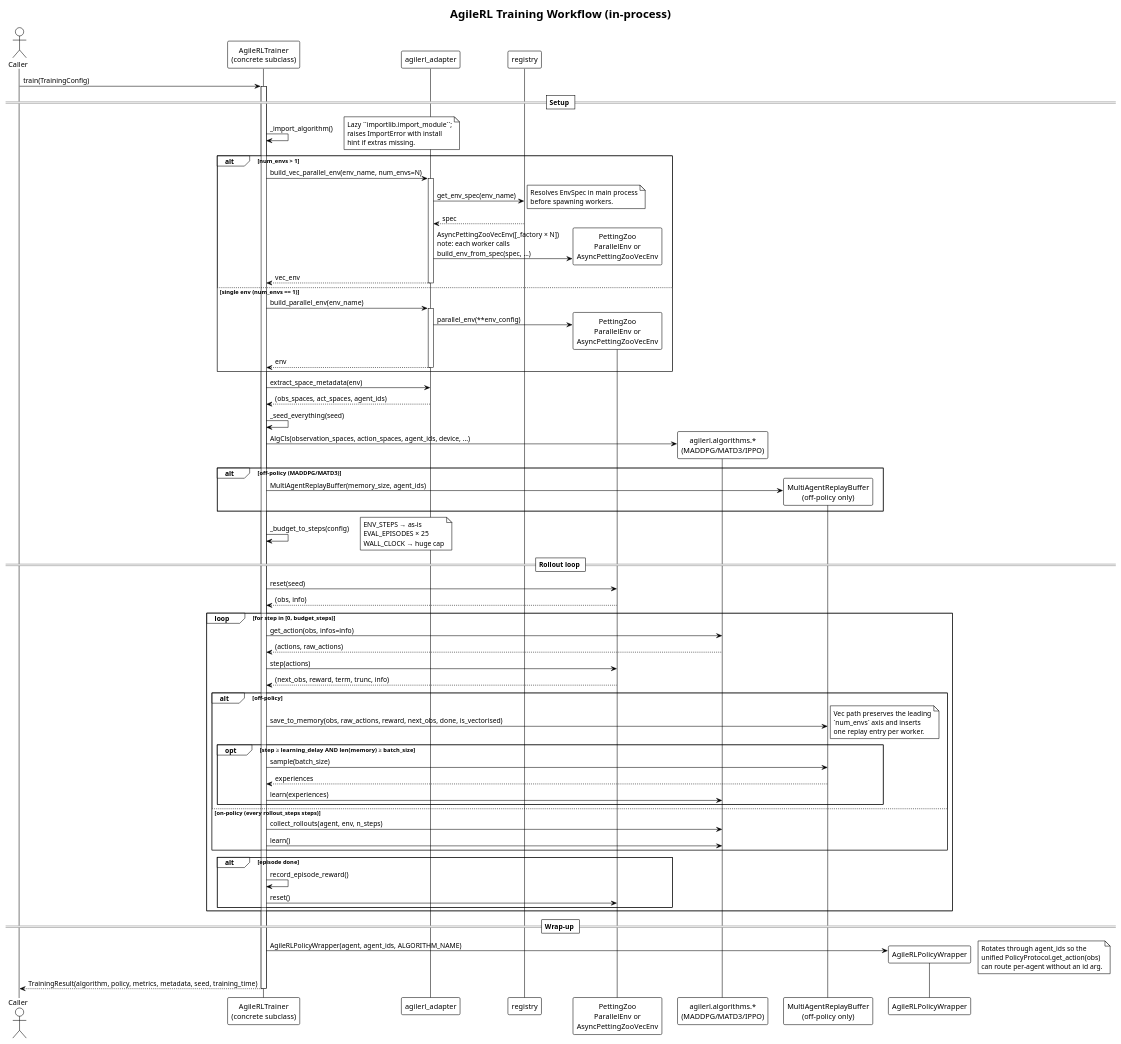
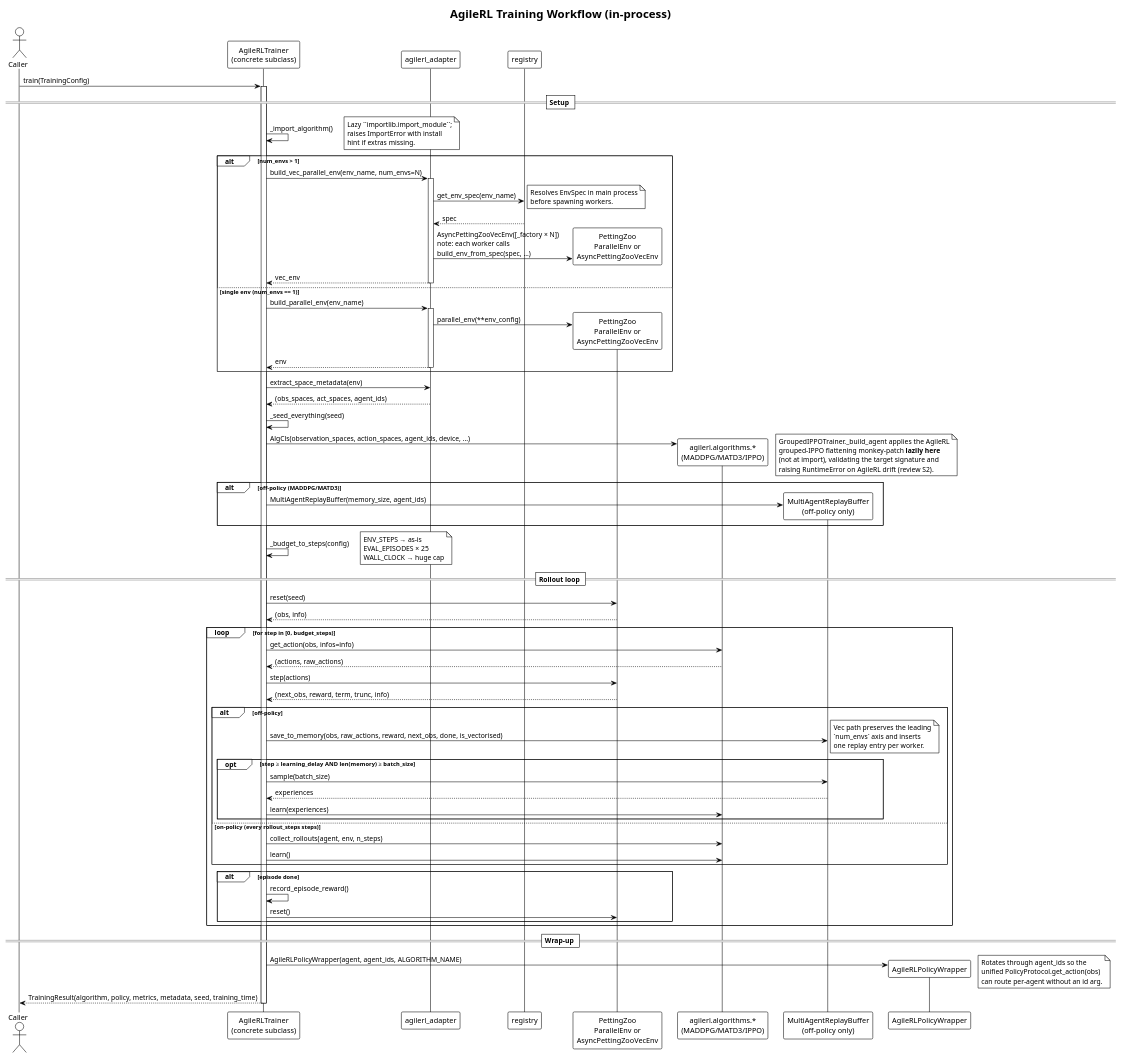
One commit to Alex180504/DEAP-Zoo-bridge changed the diagram in docs/UML/sequence_agilerl_training.puml. Above: the diagram before and after it, drawn with PlantUML. The commit also changed 8 other files, not shown here.

```diff
--- a/docs/UML/sequence_agilerl_training.puml
+++ b/docs/UML/sequence_agilerl_training.puml
@@ -1,93 +1,99 @@
 @startuml sequence_agilerl_training
 !theme plain
 
 title AgileRL Training Workflow (in-process)
 
 actor Caller
 participant "AgileRLTrainer\n(concrete subclass)" as Trainer
 participant "agilerl_adapter" as Adapter
 participant "registry" as Registry
 participant "PettingZoo\nParallelEnv or\nAsyncPettingZooVecEnv" as Env
 participant "agilerl.algorithms.*\n(MADDPG/MATD3/IPPO)" as Agent
 participant "MultiAgentReplayBuffer\n(off-policy only)" as Memory
 participant "AgileRLPolicyWrapper" as Wrapper
 
 Caller -> Trainer: train(TrainingConfig)
 activate Trainer
 
 == Setup ==
 
 Trainer -> Trainer: _import_algorithm()
 note right: Lazy ``importlib.import_module``;\nraises ImportError with install\nhint if extras missing.
 
 alt num_envs > 1
     Trainer -> Adapter: build_vec_parallel_env(env_name, num_envs=N)
     activate Adapter
     Adapter -> Registry: get_env_spec(env_name)
     note right: Resolves EnvSpec in main process\nbefore spawning workers.
     Registry --> Adapter: spec
     Adapter -> Env **: AsyncPettingZooVecEnv([_factory × N])\nnote: each worker calls\nbuild_env_from_spec(spec, ...)
     Adapter --> Trainer: vec_env
     deactivate Adapter
 else single env (num_envs == 1)
     Trainer -> Adapter: build_parallel_env(env_name)
     activate Adapter
     Adapter -> Env **: parallel_env(**env_config)
     Adapter --> Trainer: env
     deactivate Adapter
 end
 
 Trainer -> Adapter: extract_space_metadata(env)
 Adapter --> Trainer: (obs_spaces, act_spaces, agent_ids)
 
 Trainer -> Trainer: _seed_everything(seed)
 
 Trainer -> Agent **: AlgCls(observation_spaces, action_spaces, agent_ids, device, ...)
+note right
+  GroupedIPPOTrainer._build_agent applies the AgileRL
+  grouped-IPPO flattening monkey-patch **lazily here**
+  (not at import), validating the target signature and
+  raising RuntimeError on AgileRL drift (review S2).
+end note
 
 alt off-policy (MADDPG/MATD3)
     Trainer -> Memory **: MultiAgentReplayBuffer(memory_size, agent_ids)
 end
 
 Trainer -> Trainer: _budget_to_steps(config)
 note right: ENV_STEPS → as-is\nEVAL_EPISODES × 25\nWALL_CLOCK → huge cap
 
 == Rollout loop ==
 
 Trainer -> Env: reset(seed)
 Env --> Trainer: (obs, info)
 
 loop for step in [0, budget_steps)
     Trainer -> Agent: get_action(obs, infos=info)
     Agent --> Trainer: (actions, raw_actions)
 
     Trainer -> Env: step(actions)
     Env --> Trainer: (next_obs, reward, term, trunc, info)
 
     alt off-policy
         Trainer -> Memory: save_to_memory(obs, raw_actions, reward, next_obs, done, is_vectorised)
         note right: Vec path preserves the leading\n`num_envs` axis and inserts\none replay entry per worker.
         opt step ≥ learning_delay AND len(memory) ≥ batch_size
             Trainer -> Memory: sample(batch_size)
             Memory --> Trainer: experiences
             Trainer -> Agent: learn(experiences)
         end
     else on-policy (every rollout_steps steps)
         Trainer -> Agent: collect_rollouts(agent, env, n_steps)
         Trainer -> Agent: learn()
     end
 
     alt episode done
         Trainer -> Trainer: record_episode_reward()
         Trainer -> Env: reset()
     end
 end
 
 == Wrap-up ==
 
 Trainer -> Wrapper **: AgileRLPolicyWrapper(agent, agent_ids, ALGORITHM_NAME)
 note right: Rotates through agent_ids so the\nunified PolicyProtocol.get_action(obs)\ncan route per-agent without an id arg.
 
 Trainer --> Caller: TrainingResult(algorithm, policy, metrics, metadata, seed, training_time)
 deactivate Trainer
 
 @enduml
```
